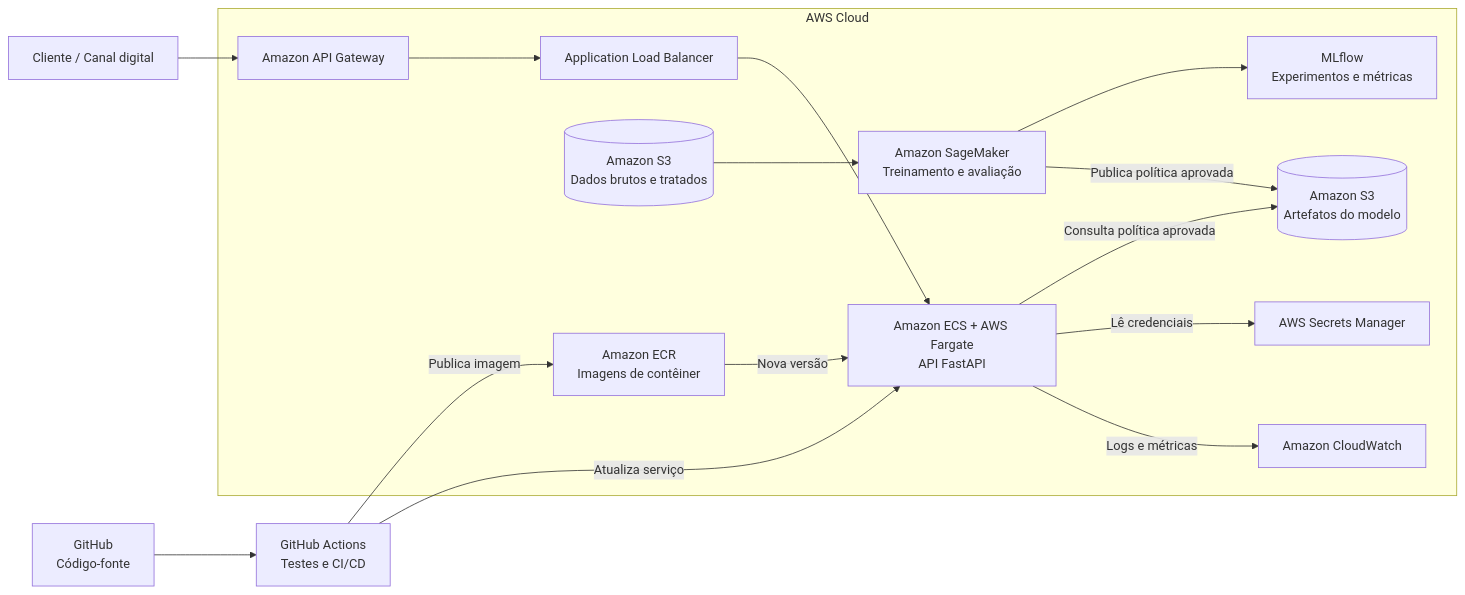
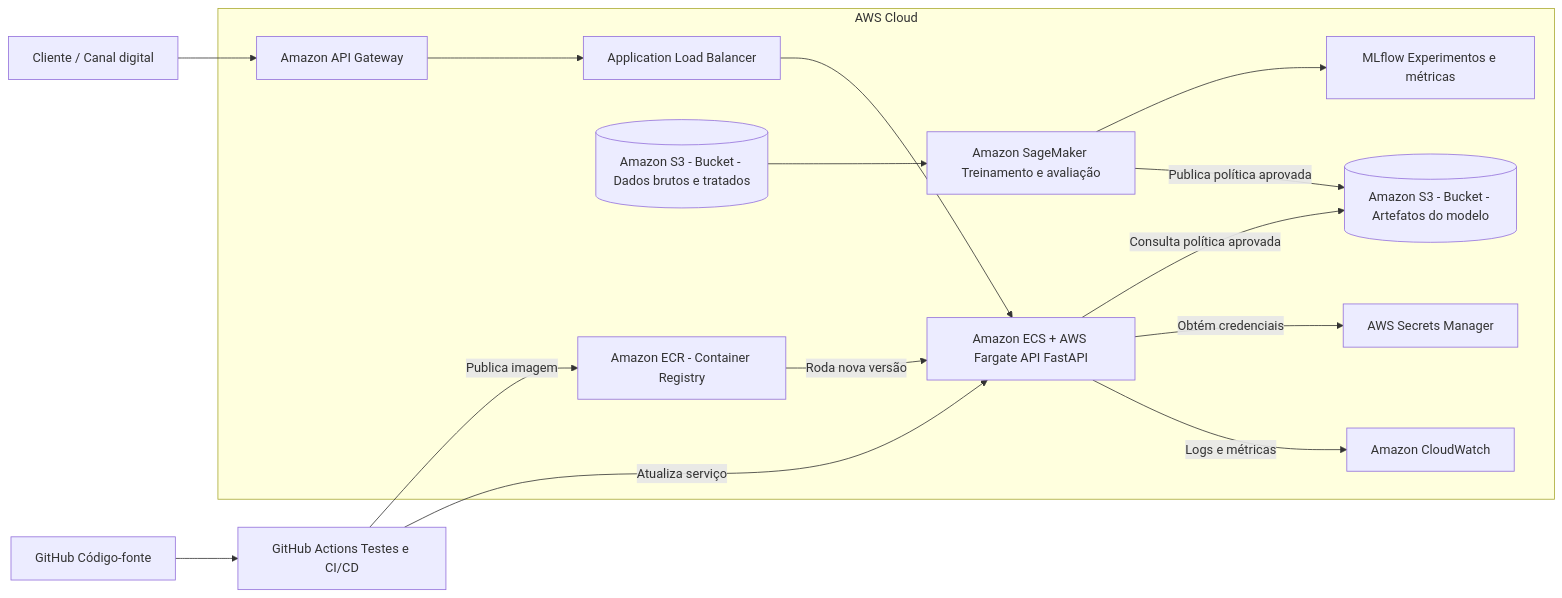
Before and after one commit to fiap-7MLET/datathon-7mlet-grupo-50: the diagram in README.md, drawn with Mermaid. The commit also changed other lines of this file, not shown here.

````diff
--- a/README.md
+++ b/README.md
@@ -301,27 +272,27 @@
 ```mermaid
 flowchart LR
     client[Cliente / Canal digital]
-    repo[GitHub<br/>Código-fonte]
-    pipeline[GitHub Actions<br/>Testes e CI/CD]
+    repo[GitHub Código-fonte]
+    pipeline[GitHub Actions Testes e CI/CD]
 
     subgraph aws[AWS Cloud]
         gateway[Amazon API Gateway]
         gateway --> alb[Application Load Balancer]
-        alb --> api[Amazon ECS + AWS Fargate<br/>API FastAPI]
+        alb --> api[Amazon ECS + AWS Fargate API FastAPI]
 
-        api -->|Consulta política aprovada| artifacts[(Amazon S3<br/>Artefatos do modelo)]
-        api -->|Lê credenciais| secrets[AWS Secrets Manager]
+        api -->|Consulta política aprovada| artifacts[(Amazon S3 - Bucket - Artefatos do modelo)]
+        api -->|Obtém credenciais| secrets[AWS Secrets Manager]
         api -->|Logs e métricas| monitoring[Amazon CloudWatch]
 
-        raw[(Amazon S3<br/>Dados brutos e tratados)] --> training[Amazon SageMaker<br/>Treinamento e avaliação]
-        training --> tracking[MLflow<br/>Experimentos e métricas]
+        raw[(Amazon S3 - Bucket - Dados brutos e tratados)] --> training[Amazon SageMaker Treinamento e avaliação]
+        training --> tracking[MLflow Experimentos e métricas]
         training -->|Publica política aprovada| artifacts
 
-        registry[Amazon ECR<br/>Imagens de contêiner] -->|Nova versão| api
+        registry[Amazon ECR - Container Registry] -->|Roda nova versão| api
     end
 
     client --> gateway
     repo --> pipeline
     pipeline -->|Publica imagem| registry
     pipeline -->|Atualiza serviço| api
 ```
````
